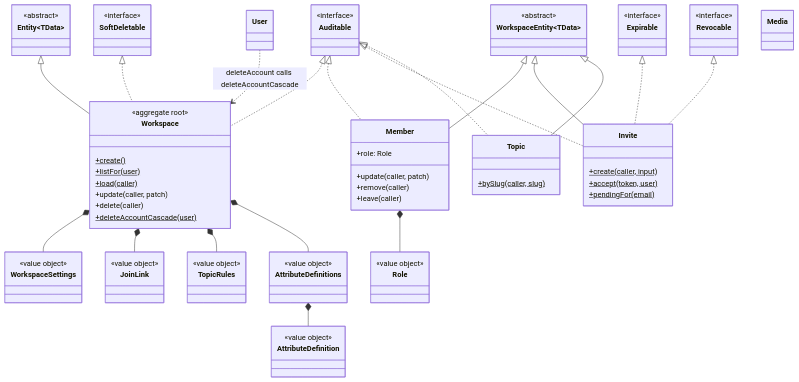
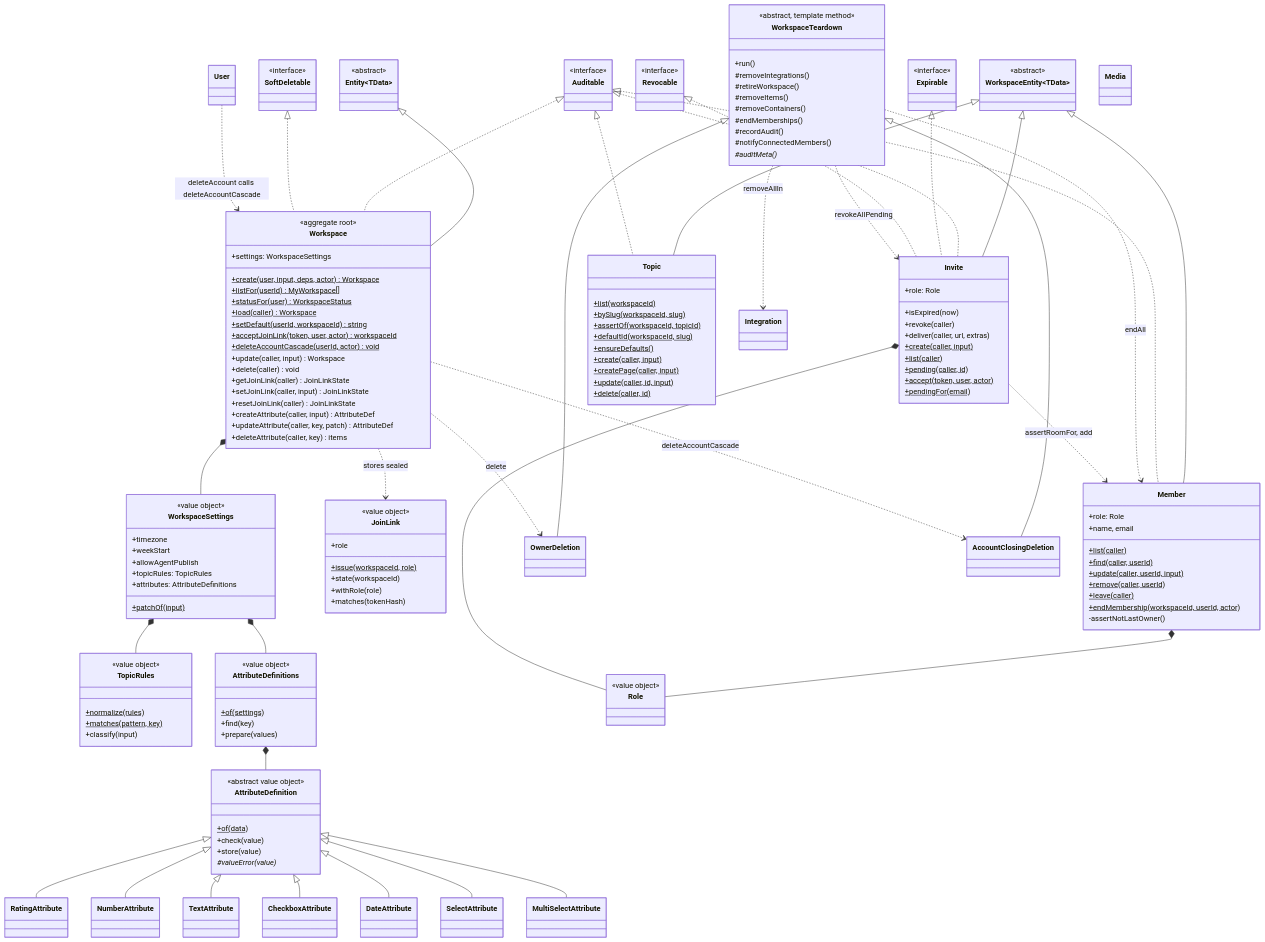
One commit to shalev396/ToDoList changed the fifth of 7 diagrams in docs/design/CLASSES.md. Above: the diagram before and after it, drawn with Mermaid. The commit also changed other lines of this file, not shown here.

Commit message:
docs: CLASSES.md records phase 3, the workspace classes

````diff
--- a/docs/design/CLASSES.md
+++ b/docs/design/CLASSES.md
@@ -1136,12 +1141,22 @@
   }
   class Workspace {
     <<aggregate root>>
-    +create()$
-    +listFor(user)$
-    +load(caller)$
-    +update(caller, patch)
-    +delete(caller)
-    +deleteAccountCascade(user)$
+    +settings: WorkspaceSettings
+    +create(user, input, deps, actor)$ Workspace
+    +listFor(userId)$ MyWorkspace[]
+    +statusFor(user)$ WorkspaceStatus
+    +load(caller)$ Workspace
+    +setDefault(userId, workspaceId)$ string
+    +acceptJoinLink(token, user, actor)$ workspaceId
+    +deleteAccountCascade(userId, actor)$ void
+    +update(caller, input) Workspace
+    +delete(caller) void
+    +getJoinLink(caller) JoinLinkState
+    +setJoinLink(caller, input) JoinLinkState
+    +resetJoinLink(caller) JoinLinkState
+    +createAttribute(caller, input) AttributeDef
+    +updateAttribute(caller, key, patch) AttributeDef
+    +deleteAttribute(caller, key) items
   }
   Entity <|-- Workspace
   class Auditable {
@@ -1160,38 +1175,85 @@
   SoftDeletable <|.. Workspace
   class WorkspaceSettings {
     <<value object>>
+    +timezone
+    +weekStart
+    +allowAgentPublish
+    +topicRules: TopicRules
+    +attributes: AttributeDefinitions
+    +patchOf(input)$
   }
   class JoinLink {
     <<value object>>
+    +role
+    +issue(workspaceId, role)$
+    +state(workspaceId)
+    +withRole(role)
+    +matches(tokenHash)
   }
   class TopicRules {
     <<value object>>
+    +normalize(rules)$
+    +matches(pattern, key)$
+    +classify(input)
   }
   class AttributeDefinitions {
     <<value object>>
+    +of(settings)$
+    +find(key)
+    +prepare(values)
   }
   class AttributeDefinition {
-    <<value object>>
+    <<abstract value object>>
+    +of(data)$
+    +check(value)
+    +store(value)
+    #valueError(value)*
   }
   Workspace *-- WorkspaceSettings
-  Workspace *-- JoinLink
-  Workspace *-- TopicRules
-  Workspace *-- AttributeDefinitions
+  Workspace ..> JoinLink : stores sealed
+  WorkspaceSettings *-- TopicRules
+  WorkspaceSettings *-- AttributeDefinitions
   AttributeDefinitions *-- AttributeDefinition
+  AttributeDefinition <|-- RatingAttribute
+  AttributeDefinition <|-- NumberAttribute
+  AttributeDefinition <|-- TextAttribute
+  AttributeDefinition <|-- CheckboxAttribute
+  AttributeDefinition <|-- DateAttribute
+  AttributeDefinition <|-- SelectAttribute
+  AttributeDefinition <|-- MultiSelectAttribute
 
   class Member {
     +role: Role
-    +update(caller, patch)
-    +remove(caller)
-    +leave(caller)
+    +name, email
+    +list(caller)$
+    +find(caller, userId)$
+    +update(caller, userId, input)$
+    +remove(caller, userId)$
+    +leave(caller)$
+    +endMembership(workspaceId, userId, actor)$
+    -assertNotLastOwner()
   }
   class Invite {
+    +role: Role
+    +isExpired(now)
+    +revoke(caller)
+    +deliver(caller, url, extras)
     +create(caller, input)$
-    +accept(token, user)$
+    +list(caller)$
+    +pending(caller, id)$
+    +accept(token, user, actor)$
     +pendingFor(email)$
   }
   class Topic {
-    +bySlug(caller, slug)$
+    +list(workspaceId)$
+    +bySlug(workspaceId, slug)$
+    +assertOf(workspaceId, topicId)$
+    +defaultId(workspaceId, slug)$
+    +ensureDefaults()$
+    +create(caller, input)$
+    +createPage(caller, input)$
+    +update(caller, id, input)$
+    +delete(caller, id)$
   }
   WorkspaceEntity <|-- Member
   WorkspaceEntity <|-- Invite
@@ -1205,9 +1267,34 @@
     <<value object>>
   }
   Member *-- Role
+  Invite *-- Role
+
+  class WorkspaceTeardown {
+    <<abstract, template method>>
+    +run()
+    #removeIntegrations()
+    #retireWorkspace()
+    #removeItems()
+    #removeContainers()
+    #endMemberships()
+    #recordAudit()
+    #notifyConnectedMembers()
+    #auditMeta()*
+  }
+  class OwnerDeletion
+  class AccountClosingDeletion
+  WorkspaceTeardown <|-- OwnerDeletion
+  WorkspaceTeardown <|-- AccountClosingDeletion
+  Workspace ..> OwnerDeletion : delete
+  Workspace ..> AccountClosingDeletion : deleteAccountCascade
+  WorkspaceTeardown ..> Member : endAll
+  WorkspaceTeardown ..> Invite : revokeAllPending
+  WorkspaceTeardown ..> Integration : removeAllIn
+  class Integration
   class User
   class Media
   User ..> Workspace : deleteAccount calls deleteAccountCascade
+  Invite ..> Member : assertRoomFor, add
 
   classDef built fill:#d1fae5,stroke:#047857,stroke-width:2px
   classDef planned fill:#f3f4f6,stroke:#9ca3af,stroke-dasharray:5 5,color:#4b5563
@@ -1220,13 +1307,24 @@
   class Role:::built
   class User:::built
   class Media:::built
-  class Workspace:::planned
-  class WorkspaceSettings:::planned
-  class JoinLink:::planned
-  class TopicRules:::planned
-  class AttributeDefinitions:::planned
-  class AttributeDefinition:::planned
-  class Member:::planned
-  class Invite:::planned
-  class Topic:::planned
+  class Integration:::built
+  class Workspace:::built
+  class WorkspaceSettings:::built
+  class JoinLink:::built
+  class TopicRules:::built
+  class AttributeDefinitions:::built
+  class AttributeDefinition:::built
+  class RatingAttribute:::built
+  class NumberAttribute:::built
+  class TextAttribute:::built
+  class CheckboxAttribute:::built
+  class DateAttribute:::built
+  class SelectAttribute:::built
+  class MultiSelectAttribute:::built
+  class Member:::built
+  class Invite:::built
+  class Topic:::built
+  class WorkspaceTeardown:::built
+  class OwnerDeletion:::built
+  class AccountClosingDeletion:::built
 ```
````
